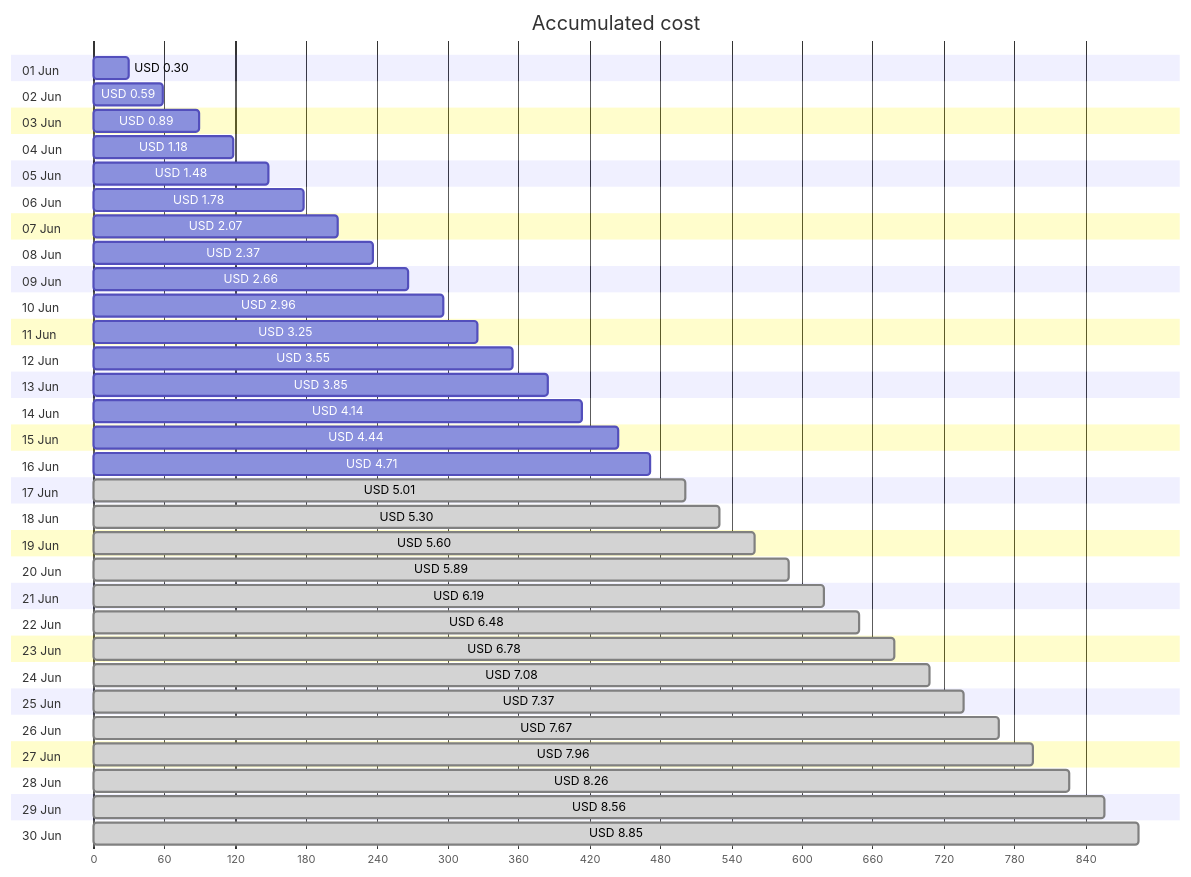
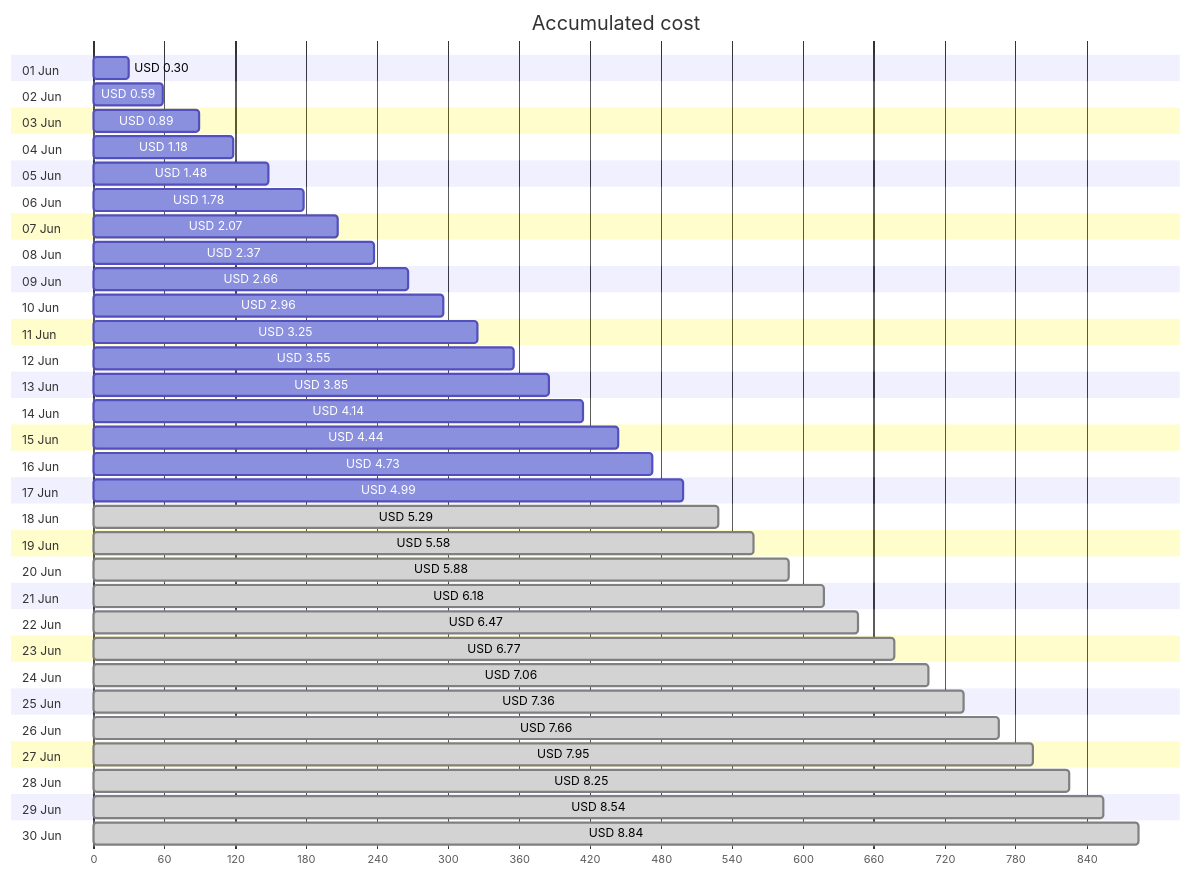
One commit to jpfulton/azure-personal-reports changed the first of 4 diagrams in cost-reports/personal-site/personal-site-preview.md. Above: the diagram before and after it, drawn with Mermaid. The commit also changed other lines of this file and 6 other files, not shown here.

````diff
--- a/cost-reports/personal-site/personal-site-preview.md
+++ b/cost-reports/personal-site/personal-site-preview.md
@@ -20,66 +20,66 @@
 ```mermaid
 gantt
    title Accumulated cost
    dateFormat  X
    axisFormat %s
    section 01 Jun
    USD 0.30 :0, 30
    section 02 Jun
    USD 0.59 :0, 59
    section 03 Jun
    USD 0.89 :0, 89
    section 04 Jun
    USD 1.18 :0, 118
    section 05 Jun
    USD 1.48 :0, 148
    section 06 Jun
    USD 1.78 :0, 178
    section 07 Jun
    USD 2.07 :0, 207
    section 08 Jun
    USD 2.37 :0, 237
    section 09 Jun
    USD 2.66 :0, 266
    section 10 Jun
    USD 2.96 :0, 296
    section 11 Jun
    USD 3.25 :0, 325
    section 12 Jun
    USD 3.55 :0, 355
    section 13 Jun
    USD 3.85 :0, 385
    section 14 Jun
    USD 4.14 :0, 414
    section 15 Jun
    USD 4.44 :0, 444
    section 16 Jun
-   USD 4.71 :0, 471
+   USD 4.73 :0, 473
    section 17 Jun
-   USD 5.01 : done, 0, 501
+   USD 4.99 :0, 499
    section 18 Jun
-   USD 5.30 : done, 0, 530
+   USD 5.29 : done, 0, 529
    section 19 Jun
-   USD 5.60 : done, 0, 560
+   USD 5.58 : done, 0, 558
    section 20 Jun
-   USD 5.89 : done, 0, 589
+   USD 5.88 : done, 0, 588
    section 21 Jun
-   USD 6.19 : done, 0, 619
+   USD 6.18 : done, 0, 618
    section 22 Jun
-   USD 6.48 : done, 0, 648
+   USD 6.47 : done, 0, 647
    section 23 Jun
-   USD 6.78 : done, 0, 678
+   USD 6.77 : done, 0, 677
    section 24 Jun
-   USD 7.08 : done, 0, 708
+   USD 7.06 : done, 0, 706
    section 25 Jun
-   USD 7.37 : done, 0, 737
+   USD 7.36 : done, 0, 736
    section 26 Jun
-   USD 7.67 : done, 0, 767
+   USD 7.66 : done, 0, 766
    section 27 Jun
-   USD 7.96 : done, 0, 796
+   USD 7.95 : done, 0, 795
    section 28 Jun
-   USD 8.26 : done, 0, 826
+   USD 8.25 : done, 0, 825
    section 29 Jun
-   USD 8.56 : done, 0, 856
+   USD 8.54 : done, 0, 854
    section 30 Jun
-   USD 8.85 : done, 0, 885
+   USD 8.84 : done, 0, 884
 ```
````
